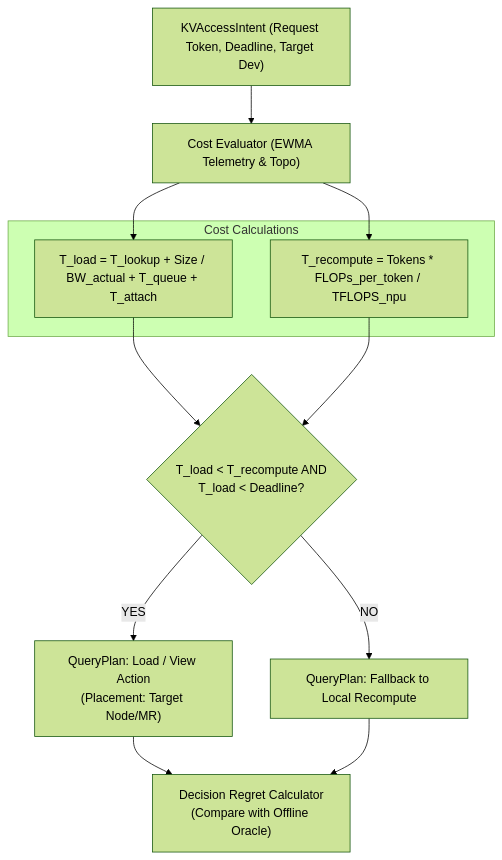
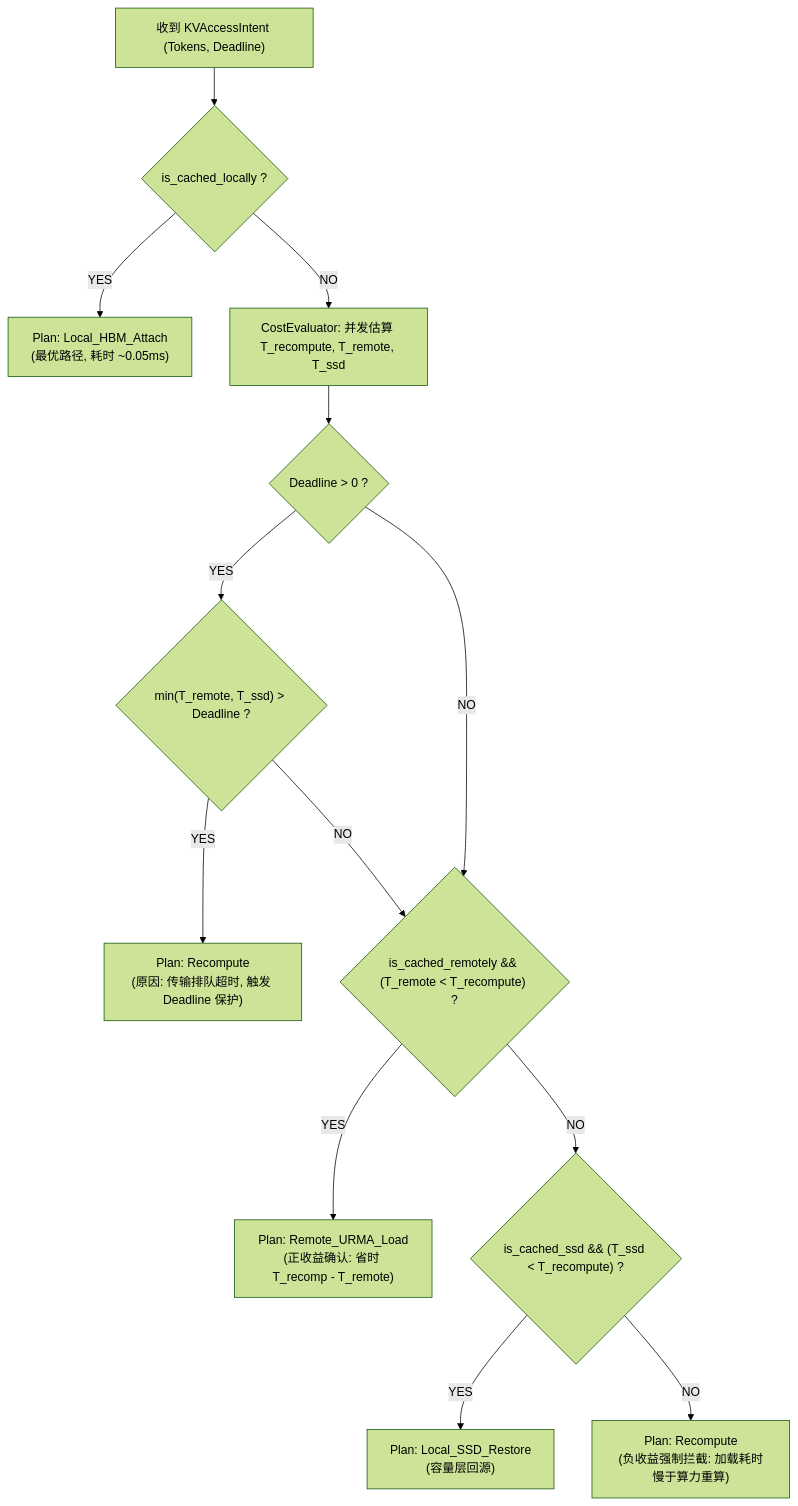
One commit to stonetree/reports changed the diagram in kvcache/unified_kv_memory/提前验证方案设计/验证计划方案设计/05_PVT-04_QueryPlan微秒级动态决策引擎与CostEvaluator验证实施方案设计.md. Above: the diagram before and after it, drawn with Mermaid (forest theme). The commit also changed other lines of this file and 51 other files, not shown here.

````diff
--- a/kvcache/unified_kv_memory/提前验证方案设计/验证计划方案设计/05_PVT-04_QueryPlan微秒级动态决策引擎与CostEvaluator验证实施方案设计.md
+++ b/kvcache/unified_kv_memory/提前验证方案设计/验证计划方案设计/05_PVT-04_QueryPlan微秒级动态决策引擎与CostEvaluator验证实施方案设计.md
@@ -55,19 +89,17 @@
 ```mermaid
 flowchart TD
-    Intent["KVAccessIntent (Request Token, Deadline, Target Dev)"] --> CostEval["Cost Evaluator (EWMA Telemetry & Topo)"]
-
-    subgraph Cost_Model["Cost Calculations"]
-        T_Load["T_load = T_lookup + Size / BW_actual + T_queue + T_attach"]
-        T_Recomp["T_recompute = Tokens * FLOPs_per_token / TFLOPS_npu"]
-    end
-
-    CostEval --> T_Load
-    CostEval --> T_Recomp
-
-    T_Load & T_Recomp --> DecisionEngine{"T_load < T_recompute AND<br/>T_load < Deadline?"}
-
-    DecisionEngine -- "YES" --> PlanLoad["QueryPlan: Load / View Action<br/>(Placement: Target Node/MR)"]
-    DecisionEngine -- "NO" --> PlanRecompute["QueryPlan: Fallback to Local Recompute"]
-
-    PlanLoad & PlanRecompute --> RegretCalc["Decision Regret Calculator<br/>(Compare with Offline Oracle)"]
+    Start["收到 KVAccessIntent (Tokens, Deadline)"] --> CheckLocal{"is_cached_locally ?"}
+    CheckLocal -- "YES" --> ActionLocal["Plan: Local_HBM_Attach<br/>(最优路径, 耗时 ~0.05ms)"]
+    CheckLocal -- "NO" --> EvalCost["CostEvaluator: 并发估算 T_recompute, T_remote, T_ssd"]
+    
+    EvalCost --> CheckDeadline{"Deadline > 0 ?"}
+    CheckDeadline -- "YES" --> DeadlineRule{"min(T_remote, T_ssd) > Deadline ?"}
+    DeadlineRule -- "YES" --> ForceRecompute["Plan: Recompute<br/>(原因: 传输排队超时, 触发 Deadline 保护)"]
+    DeadlineRule -- "NO" --> CompareNet
+    
+    CheckDeadline -- "NO" --> CompareNet{"is_cached_remotely && (T_remote < T_recompute) ?"}
+    CompareNet -- "YES" --> ActionRemote["Plan: Remote_URMA_Load<br/>(正收益确认: 省时 T_recomp - T_remote)"]
+    CompareNet -- "NO" --> CheckSSD{"is_cached_ssd && (T_ssd < T_recompute) ?"}
+    CheckSSD -- "YES" --> ActionSSD["Plan: Local_SSD_Restore<br/>(容量层回源)"]
+    CheckSSD -- "NO" --> Intercept["Plan: Recompute<br/>(负收益强制拦截: 加载耗时慢于算力重算)"]
 ```
````
